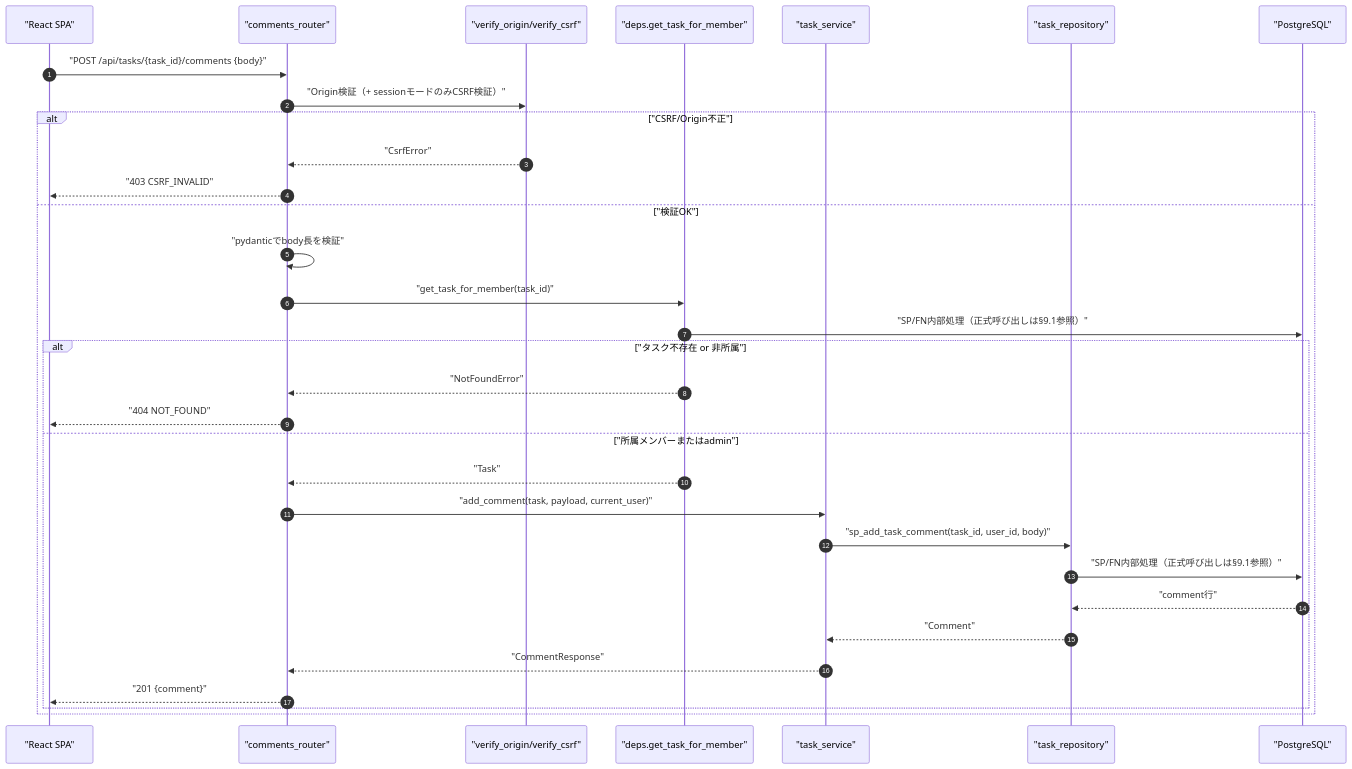
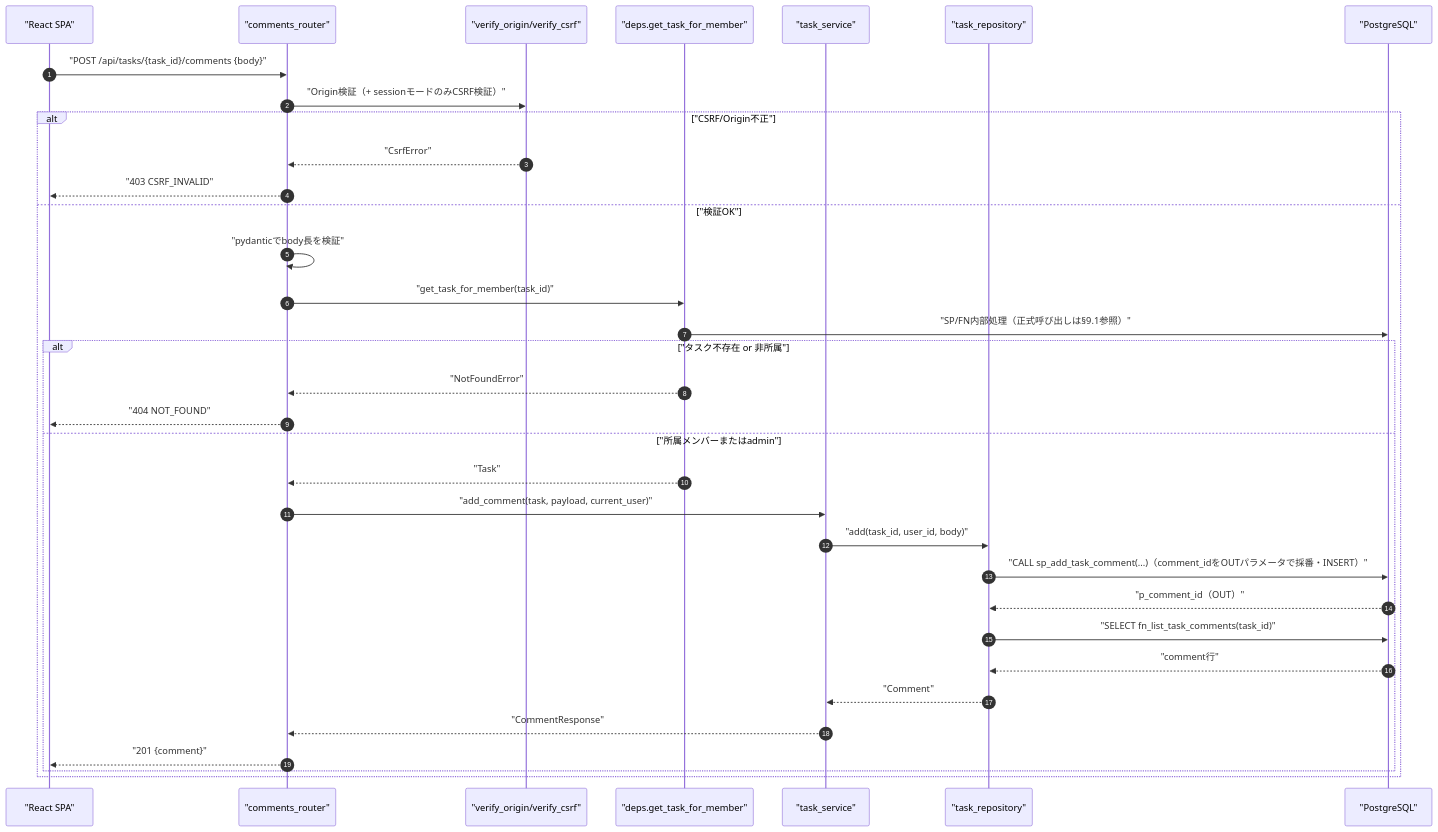
The first of 4 diagrams in detailed_design/api/tasks/07_post_task_comments.md (oikawa-d/task_management), drawn with Mermaid before and after one commit. The commit also changed other lines of this file and 6 other files, not shown here.

````diff
--- a/detailed_design/api/tasks/07_post_task_comments.md
+++ b/detailed_design/api/tasks/07_post_task_comments.md
@@ -94,35 +94,37 @@
 ```mermaid
 sequenceDiagram
     autonumber
     participant FE as "React SPA"
     participant R as "comments_router"
     participant V as "verify_origin/verify_csrf"
     participant D as "deps.get_task_for_member"
     participant S as "task_service"
     participant TR as "task_repository"
     participant PG as "PostgreSQL"
 
     FE->>R: "POST /api/tasks/{task_id}/comments {body}"
     R->>V: "Origin検証（+ sessionモードのみCSRF検証）"
     alt "CSRF/Origin不正"
         V-->>R: "CsrfError"
         R-->>FE: "403 CSRF_INVALID"
     else "検証OK"
         R->>R: "pydanticでbody長を検証"
         R->>D: "get_task_for_member(task_id)"
         D->>PG: "SP/FN内部処理（正式呼び出しは§9.1参照）"
         alt "タスク不存在 or 非所属"
             D-->>R: "NotFoundError"
             R-->>FE: "404 NOT_FOUND"
         else "所属メンバーまたはadmin"
             D-->>R: "Task"
             R->>S: "add_comment(task, payload, current_user)"
-            S->>TR: "sp_add_task_comment(task_id, user_id, body)"
-            TR->>PG: "SP/FN内部処理（正式呼び出しは§9.1参照）"
+            S->>TR: "add(task_id, user_id, body)"
+            TR->>PG: "CALL sp_add_task_comment(...)（comment_idをOUTパラメータで採番・INSERT）"
+            PG-->>TR: "p_comment_id（OUT）"
+            TR->>PG: "SELECT fn_list_task_comments(task_id)"
             PG-->>TR: "comment行"
             TR-->>S: "Comment"
             S-->>R: "CommentResponse"
             R-->>FE: "201 {comment}"
         end
     end
 ```
````
